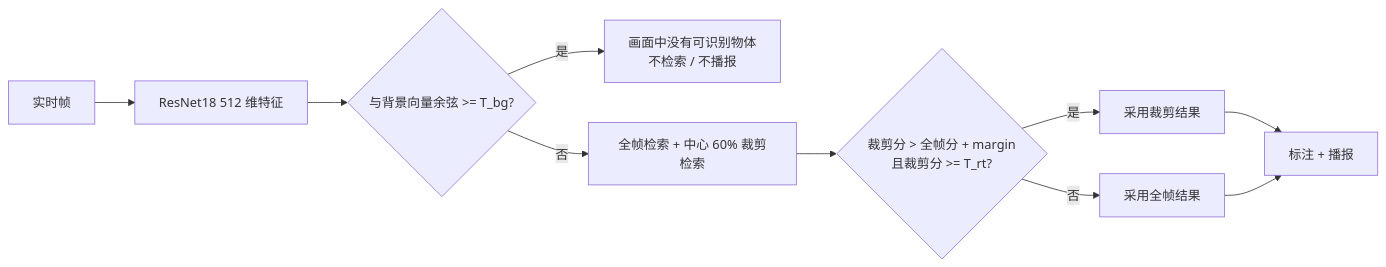
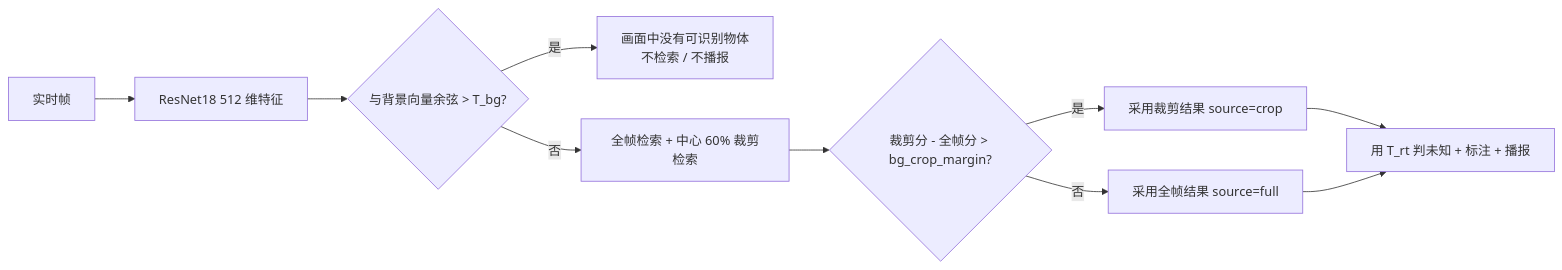
One commit to BLingKiy/resnet18-voice-object-recognition changed the diagram in README.md. Above: the diagram before and after it, drawn with Mermaid. The commit also changed other lines of this file and 15 other files, not shown here.

````diff
--- a/README.md
+++ b/README.md
@@ -187,12 +187,12 @@
 ```mermaid
 flowchart LR
     A[实时帧] --> B[ResNet18 512 维特征]
-    B --> C{与背景向量余弦 >= T_bg?}
+    B --> C{与背景向量余弦 > T_bg?}
     C -->|是| D[画面中没有可识别物体<br/>不检索 / 不播报]
     C -->|否| E[全帧检索 + 中心 60% 裁剪检索]
-    E --> F{裁剪分 > 全帧分 + margin<br/>且裁剪分 >= T_rt?}
-    F -->|是| G[采用裁剪结果]
-    F -->|否| H[采用全帧结果]
-    G --> I[标注 + 播报]
+    E --> F{裁剪分 - 全帧分 > bg_crop_margin?}
+    F -->|是| G[采用裁剪结果 source=crop]
+    F -->|否| H[采用全帧结果 source=full]
+    G --> I[用 T_rt 判未知 + 标注 + 播报]
     H --> I
 ```
````
